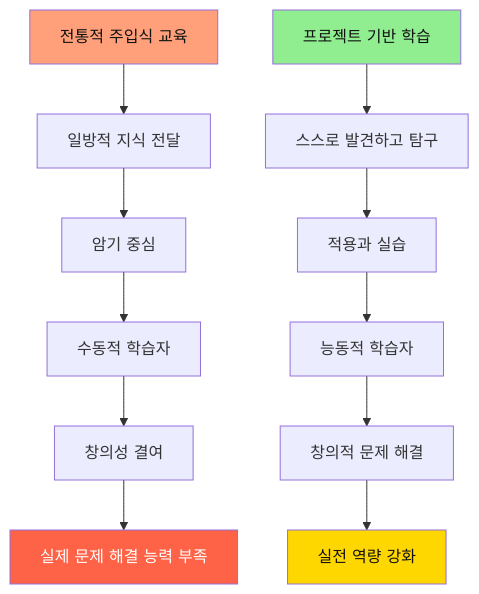
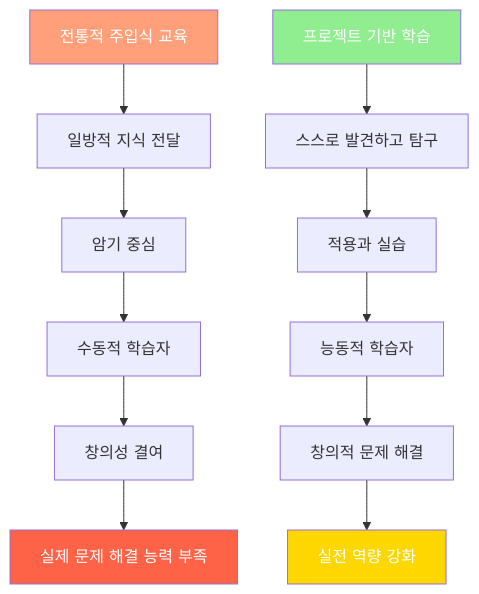
The first of 30 diagrams in 4단계_프뢰벨_프로젝트기반_교육과정.md (Collegenie-X/froebel), drawn with Mermaid before and after one commit. The commit also changed other lines of this file and 4 other files, not shown here.

````diff
--- a/4단계_프뢰벨_프로젝트기반_교육과정.md
+++ b/4단계_프뢰벨_프로젝트기반_교육과정.md
@@ -26,19 +26,19 @@
 ```mermaid
 graph TD
     A[전통적 주입식 교육] --> B[일방적 지식 전달]
     B --> C[암기 중심]
     C --> D[수동적 학습자]
     D --> E[창의성 결여]
     E --> F[실제 문제 해결 능력 부족]
     
     G[프로젝트 기반 학습] --> H[스스로 발견하고 탐구]
     H --> I[적용과 실습]
     I --> J[능동적 학습자]
     J --> K[창의적 문제 해결]
     K --> L[실전 역량 강화]
     
-    style A fill:#FFA07A,color:#111
+    style A fill:#FFA07A,color:#fff
     style F fill:#FF6347,color:#fff
-    style G fill:#90EE90,color:#111
-    style L fill:#FFD700,color:#111
+    style G fill:#90EE90,color:#fff
+    style L fill:#FFD700,color:#fff
 ```
````
